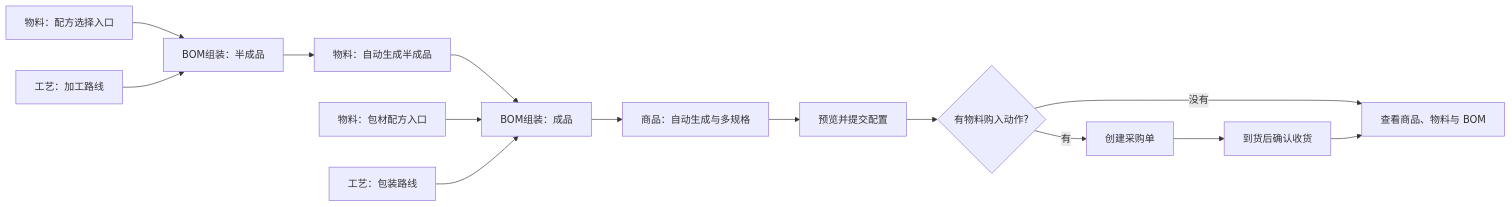
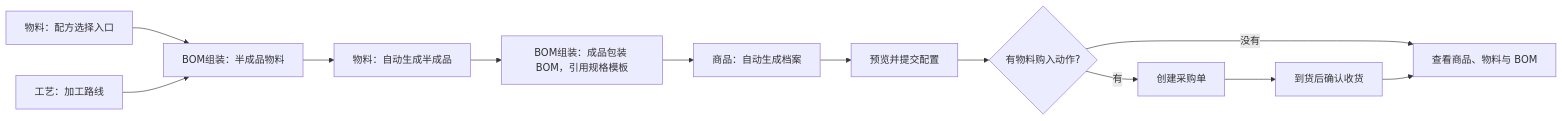
Before and after one commit to Backstage2539/KFerp: the diagram in orderapp-remote/docs/OP_MANUAL_PRODUCT_CREATOR.md, drawn with Mermaid. The commit also changed other lines of this file and 22 other files, not shown here.

````diff
--- a/orderapp-remote/docs/OP_MANUAL_PRODUCT_CREATOR.md
+++ b/orderapp-remote/docs/OP_MANUAL_PRODUCT_CREATOR.md
@@ -9,16 +9,14 @@
 ```mermaid
 flowchart LR
-  A[物料：配方选择入口] --> B[BOM组装：半成品]
+  A[物料：配方选择入口] --> B[BOM组装：半成品物料]
   P[工艺：加工路线] --> B
   B --> C[物料：自动生成半成品]
-  C --> D[BOM组装：成品]
-  E[物料：包材配方入口] --> D
-  Q[工艺：包装路线] --> D
-  D --> F[商品：自动生成与多规格]
+  C --> D[BOM组装：成品包装 BOM，引用规格模板]
+  D --> F[商品：自动生成档案]
   F --> G[预览并提交配置]
   G --> H{有物料购入动作?}
   H -->|有| I[创建采购单]
   I --> J[到货后确认收货]
   H -->|没有| K[查看商品、物料与 BOM]
   J --> K
 ```
````
